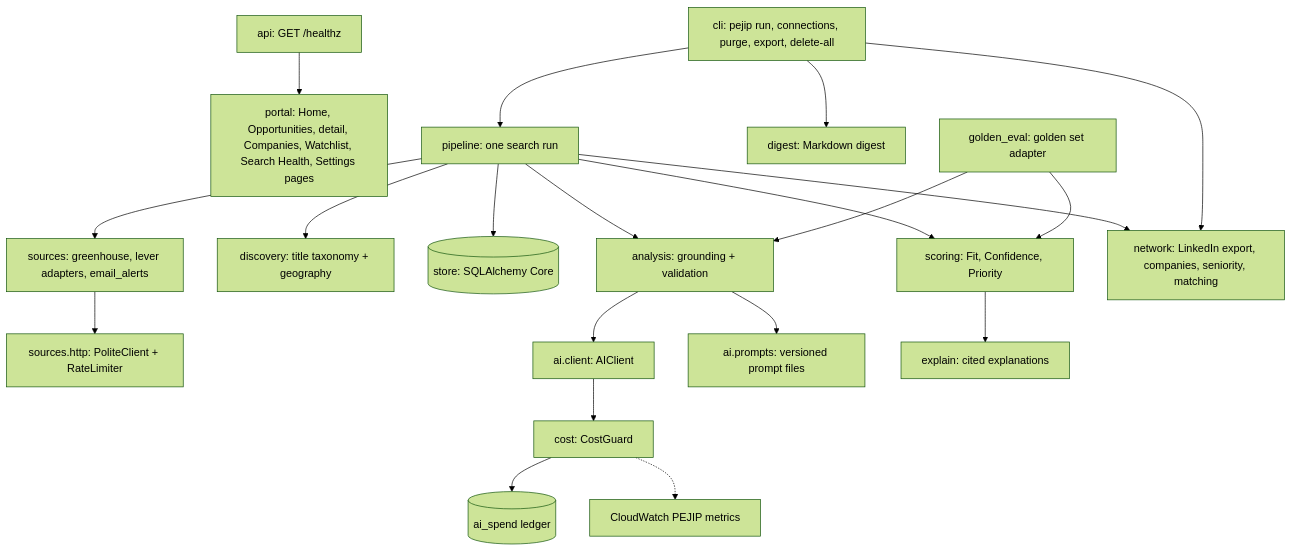
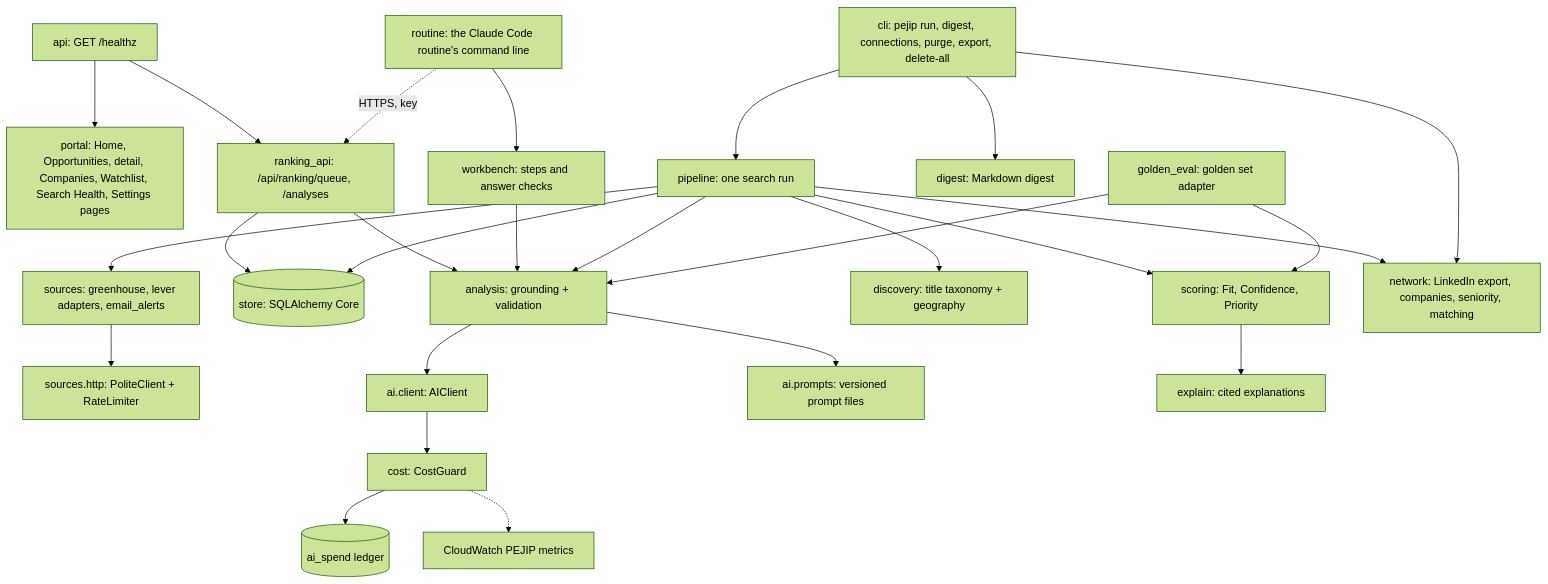
Before and after one commit to madduri-ops/PEJIP: the diagram in docs/architecture/components.md, drawn with Mermaid (forest theme). The commit also changed other lines of this file and 36 other files, not shown here.

First line of the commit message:
Rank daily roles through a Claude Code routine on Babu's plan (#43)

````diff
--- a/docs/architecture/components.md
+++ b/docs/architecture/components.md
@@ -7,37 +7,44 @@
 ```mermaid
 flowchart TB
     api[api: GET /healthz]
     portal[portal: Home, Opportunities, detail, Companies, Watchlist, Search Health, Settings pages]
+    rapi[ranking_api: /api/ranking/queue, /analyses]
     api --> portal
-    cli[cli: pejip run, connections, purge, export, delete-all]
+    api --> rapi
+    rapi --> ana
+    rapi --> store
+    routine[routine: the Claude Code routine's command line] -.HTTPS, key.-> rapi
+    routine --> work[workbench: steps and answer checks]
+    work --> ana
+    cli[cli: pejip run, digest, connections, purge, export, delete-all]
     pipe[pipeline: one search run]
     src[sources: greenhouse, lever adapters, email_alerts]
     http[sources.http: PoliteClient + RateLimiter]
     disc[discovery: title taxonomy + geography]
     store[(store: SQLAlchemy Core)]
     ana[analysis: grounding + validation]
     ai[ai.client: AIClient]
     guard[cost: CostGuard]
     ledger[(ai_spend ledger)]
     cw[CloudWatch PEJIP metrics]
     prompts[ai.prompts: versioned prompt files]
     score[scoring: Fit, Confidence, Priority]
     explain[explain: cited explanations]
     digest[digest: Markdown digest]
     evals[golden_eval: golden set adapter]
     net[network: LinkedIn export, companies, seniority, matching]
     cli --> pipe
     pipe --> src --> http
     pipe --> disc
     pipe --> store
     pipe --> ana --> ai
     ana --> prompts
     ai --> guard --> ledger
     guard -.-> cw
     pipe --> score --> explain
     pipe --> net
     cli --> net
     cli --> digest
     evals --> ana
     evals --> score
 ```
````
